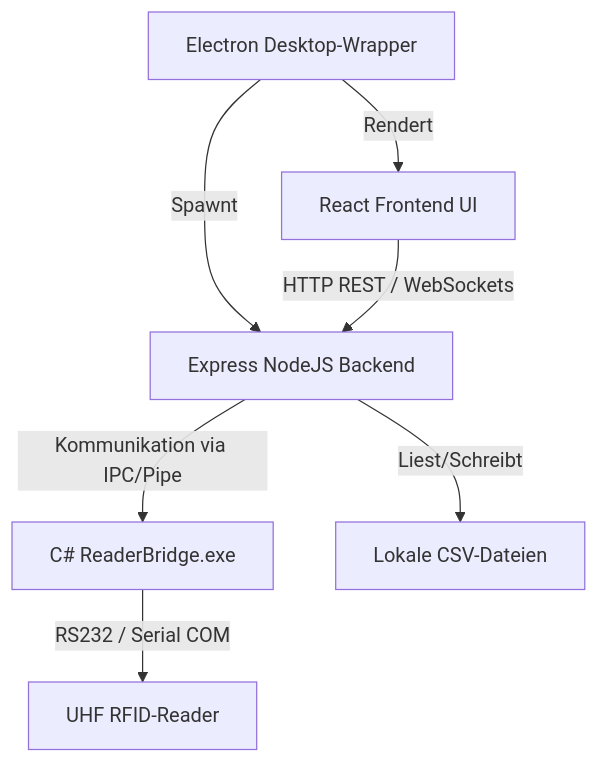
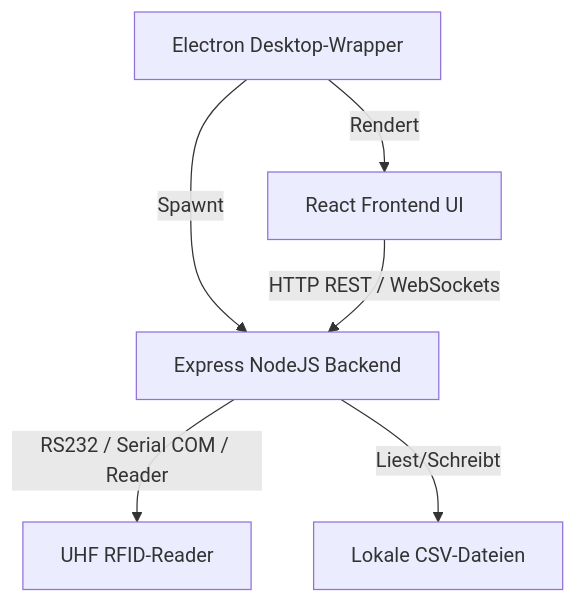
Before and after one commit to joelzahner/AeroTrackTiming: the diagram in README.md, drawn with Mermaid. The commit also changed other lines of this file and 96 other files, not shown here.

````diff
--- a/README.md
+++ b/README.md
@@ -11,9 +11,8 @@
 ```mermaid
 graph TD
     A[Electron Desktop-Wrapper] -->|Spawnt| B[Express NodeJS Backend]
     A -->|Rendert| C[React Frontend UI]
     C -->|HTTP REST / WebSockets| B
-    B -->|Kommunikation via IPC/Pipe| D[C# ReaderBridge.exe]
-    D -->|RS232 / Serial COM| E[UHF RFID-Reader]
+    B -->|RS232 / Serial COM / Reader| E[UHF RFID-Reader]
     B -->|Liest/Schreibt| F[Lokale CSV-Dateien]
 ```
````
